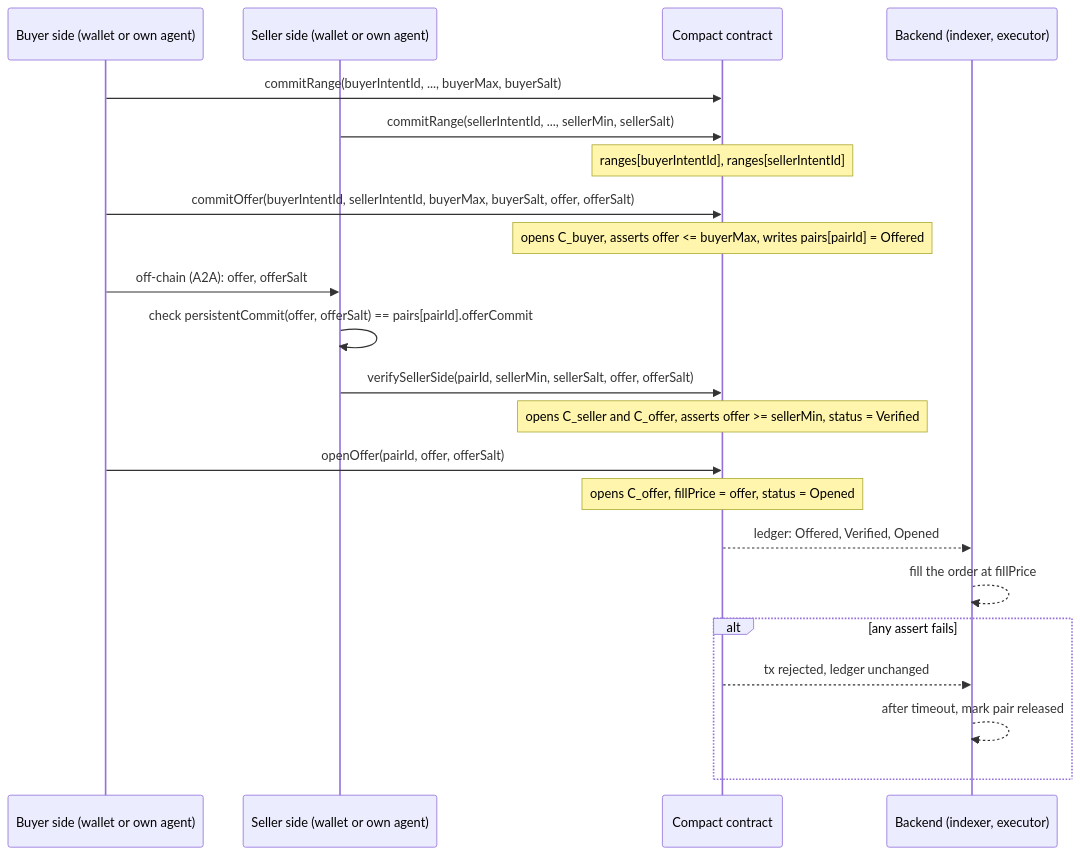
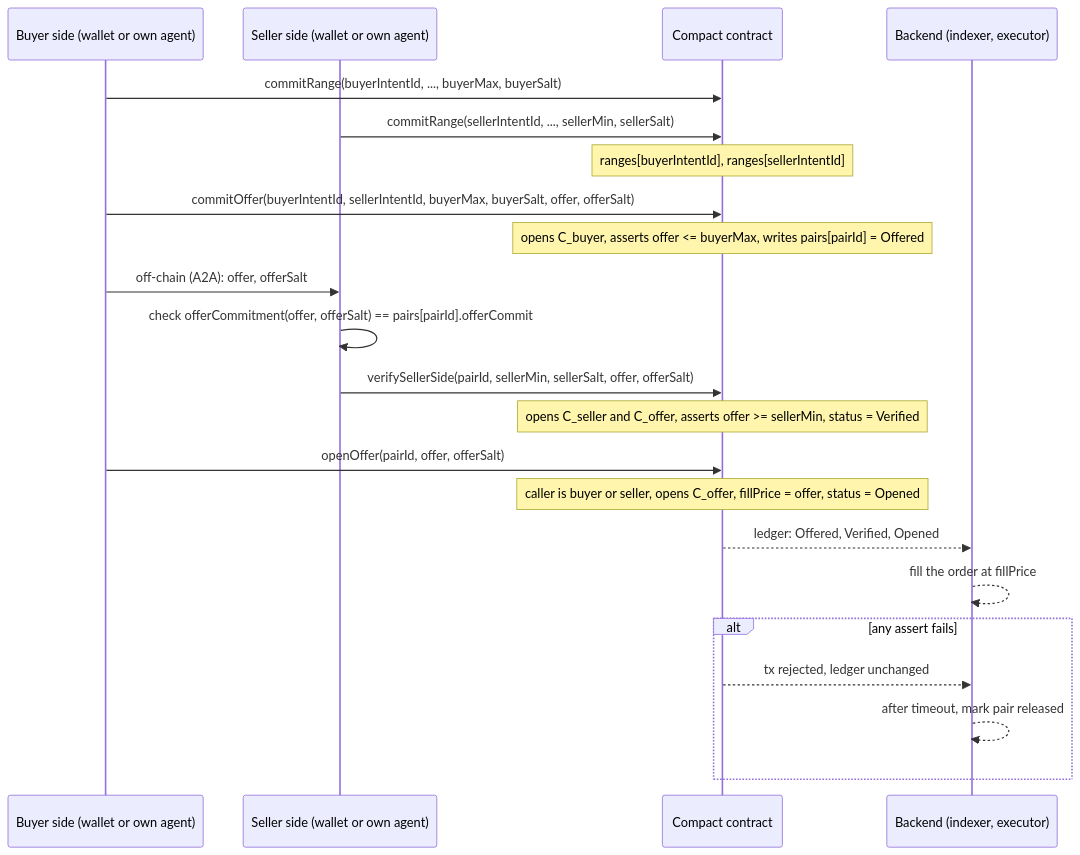
One commit to sdh2222/midnight-hackathon changed the first of 2 diagrams in docs/superpowers/specs/2026-09-18-intent-compact.md. Above: the diagram before and after it, drawn with Mermaid. The commit also changed other lines of this file, not shown here.

Commit message:
Amend spec: domain-tagged commitments and openOffer caller check

````diff
--- a/docs/superpowers/specs/2026-09-18-intent-compact.md
+++ b/docs/superpowers/specs/2026-09-18-intent-compact.md
@@ -40,25 +42,25 @@
 ```mermaid
 sequenceDiagram
   participant BW as Buyer side (wallet or own agent)
   participant SW as Seller side (wallet or own agent)
   participant C as Compact contract
   participant B as Backend (indexer, executor)
 
   BW->>C: commitRange(buyerIntentId, ..., buyerMax, buyerSalt)
   SW->>C: commitRange(sellerIntentId, ..., sellerMin, sellerSalt)
   Note over C: ranges[buyerIntentId], ranges[sellerIntentId]
   BW->>C: commitOffer(buyerIntentId, sellerIntentId, buyerMax, buyerSalt, offer, offerSalt)
   Note over C: opens C_buyer, asserts offer <= buyerMax, writes pairs[pairId] = Offered
   BW->>SW: off-chain (A2A): offer, offerSalt
-  SW->>SW: check persistentCommit(offer, offerSalt) == pairs[pairId].offerCommit
+  SW->>SW: check offerCommitment(offer, offerSalt) == pairs[pairId].offerCommit
   SW->>C: verifySellerSide(pairId, sellerMin, sellerSalt, offer, offerSalt)
   Note over C: opens C_seller and C_offer, asserts offer >= sellerMin, status = Verified
   BW->>C: openOffer(pairId, offer, offerSalt)
-  Note over C: opens C_offer, fillPrice = offer, status = Opened
+  Note over C: caller is buyer or seller, opens C_offer, fillPrice = offer, status = Opened
   C-->>B: ledger: Offered, Verified, Opened
   B-->>B: fill the order at fillPrice
   alt any assert fails
     C-->>B: tx rejected, ledger unchanged
     B-->>B: after timeout, mark pair released
   end
 ```
````
